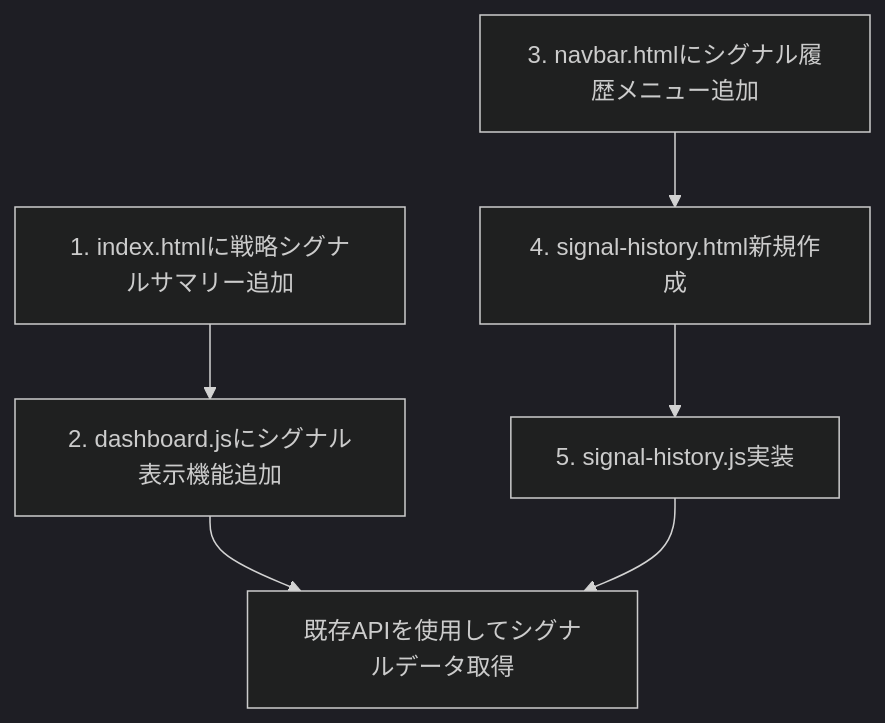
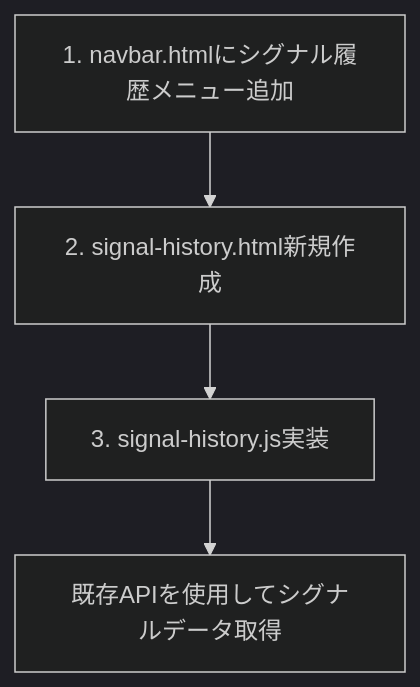
One commit to azumag/harvest3 changed the diagram in plan/web_ui_strategy_signal_implementation_plan.md. Above: the diagram before and after it, drawn with Mermaid (dark theme). The commit also changed other lines of this file and 4 other files, not shown here.

````diff
--- a/plan/web_ui_strategy_signal_implementation_plan.md
+++ b/plan/web_ui_strategy_signal_implementation_plan.md
@@ -15,8 +15,6 @@
 ```mermaid
 graph TD
-    A[1. index.htmlに戦略シグナルサマリー追加] --> B[2. dashboard.jsにシグナル表示機能追加]
-    C[3. navbar.htmlにシグナル履歴メニュー追加] --> D[4. signal-history.html新規作成]
-    D --> E[5. signal-history.js実装]
-    B --> F[既存APIを使用してシグナルデータ取得]
-    E --> F
+    A[1. navbar.htmlにシグナル履歴メニュー追加] --> B[2. signal-history.html新規作成]
+    B --> C[3. signal-history.js実装]
+    C --> D[既存APIを使用してシグナルデータ取得]
 ```
````
